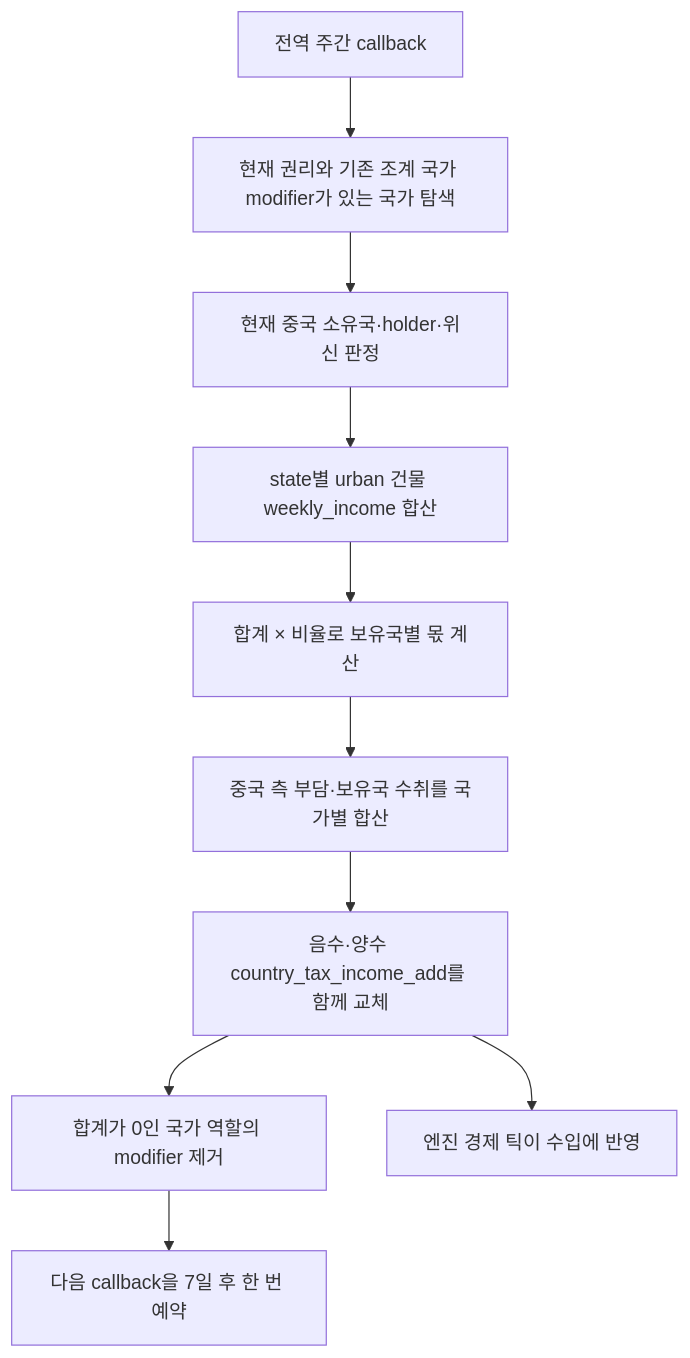
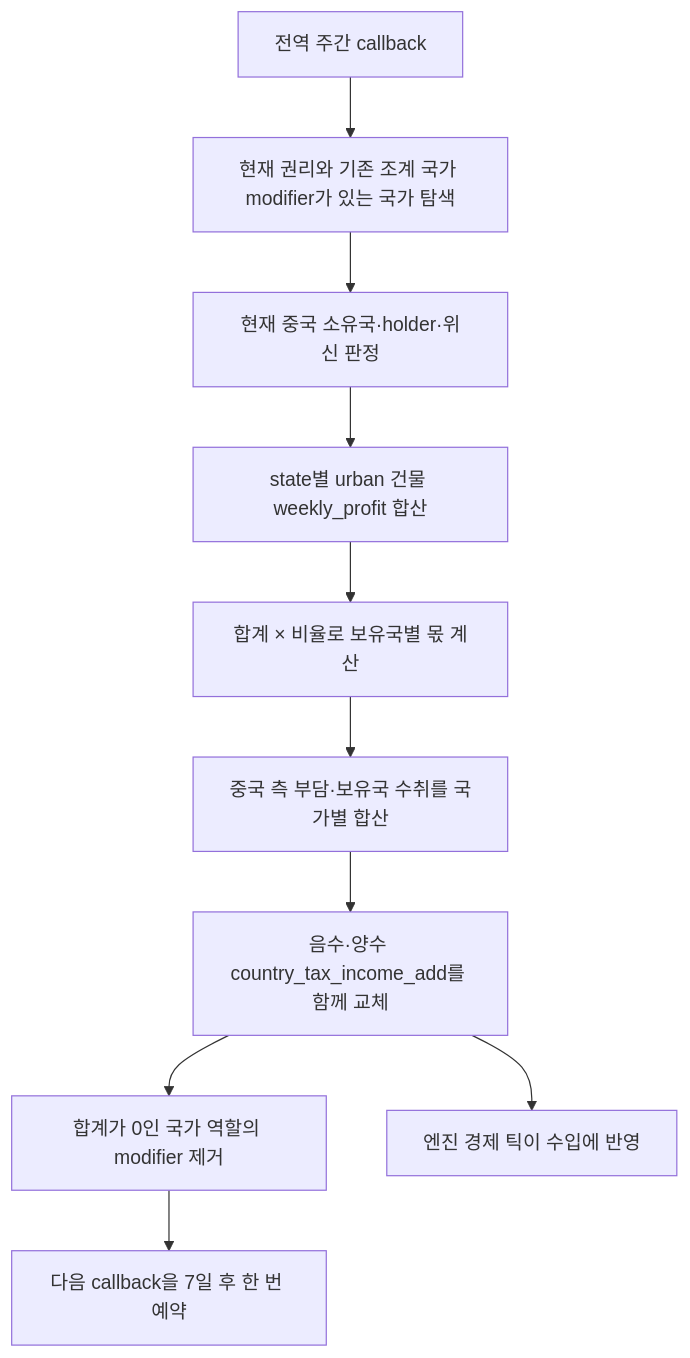
Before and after one commit to East-Asia-Flavor-Pack/East-Asia-Flavor-Pack: the third of 4 diagrams in documentation/china_concessions_design_plan.md, drawn with Mermaid. The commit also changed other lines of this file and 20 other files, not shown here.

````diff
--- a/documentation/china_concessions_design_plan.md
+++ b/documentation/china_concessions_design_plan.md
@@ -378,12 +388,12 @@
 ```mermaid
 flowchart TD
     A["전역 주간 callback"] --> B["현재 권리와 기존 조계 국가 modifier가 있는 국가 탐색"]
     B --> C["현재 중국 소유국·holder·위신 판정"]
-    C --> D["state별 urban 건물 weekly_income 합산"]
+    C --> D["state별 urban 건물 weekly_profit 합산"]
     D --> E["합계 × 비율로 보유국별 몫 계산"]
     E --> F["중국 측 부담·보유국 수취를 국가별 합산"]
     F --> G["음수·양수 country_tax_income_add를 함께 교체"]
     G --> H["합계가 0인 국가 역할의 modifier 제거"]
     H --> I["다음 callback을 7일 후 한 번 예약"]
     G --> J["엔진 경제 틱이 수입에 반영"]
 ```
````
